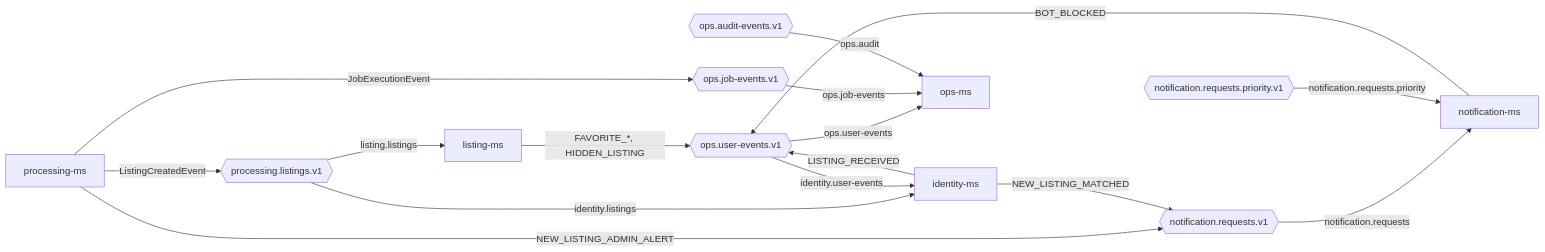
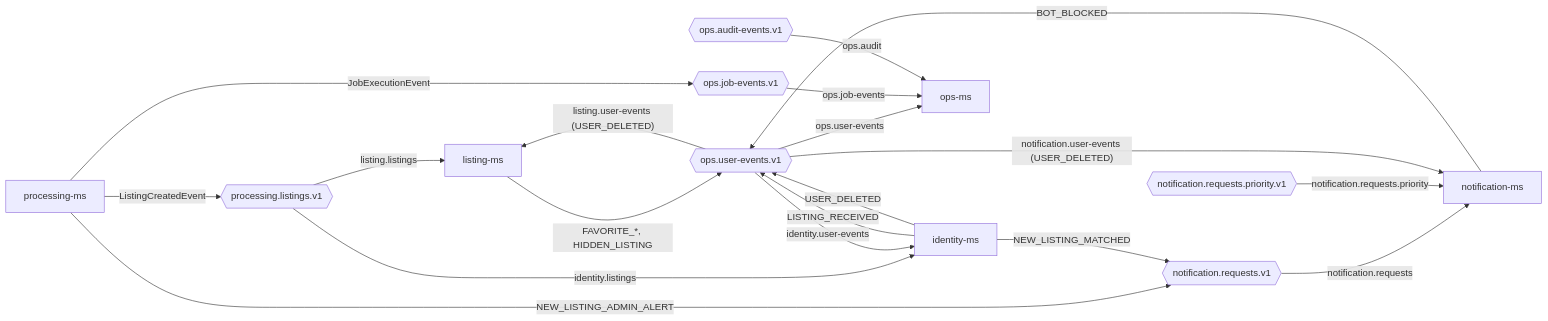
The second of 8 diagrams in docs/architecture.md (artemelyashevich/rent-alert), drawn with Mermaid before and after one commit. The commit also changed other lines of this file and 103 other files, not shown here.

````diff
--- a/docs/architecture.md
+++ b/docs/architecture.md
@@ -114,33 +115,36 @@
 ```mermaid
 flowchart LR
     prc["processing-ms"]
     idn["identity-ms"]
     lst["listing-ms"]
     ntf["notification-ms"]
     ops["ops-ms"]
 
     t_list{{"processing.listings.v1"}}
     t_req{{"notification.requests.v1"}}
     t_prio{{"notification.requests.priority.v1"}}
     t_user{{"ops.user-events.v1"}}
     t_job{{"ops.job-events.v1"}}
     t_audit{{"ops.audit-events.v1"}}
 
     prc -->|ListingCreatedEvent| t_list
     prc -->|NEW_LISTING_ADMIN_ALERT| t_req
     prc -->|JobExecutionEvent| t_job
 
     idn -->|NEW_LISTING_MATCHED| t_req
     idn -->|LISTING_RECEIVED| t_user
+    idn -->|USER_DELETED| t_user
     lst -->|"FAVORITE_*, HIDDEN_LISTING"| t_user
     ntf -->|BOT_BLOCKED| t_user
 
     t_list -->|listing.listings| lst
     t_list -->|identity.listings| idn
     t_req -->|notification.requests| ntf
     t_prio -->|notification.requests.priority| ntf
     t_user -->|ops.user-events| ops
     t_user -->|identity.user-events| idn
+    t_user -->|"listing.user-events (USER_DELETED)"| lst
+    t_user -->|"notification.user-events (USER_DELETED)"| ntf
     t_job -->|ops.job-events| ops
     t_audit -->|ops.audit| ops
 ```
````
